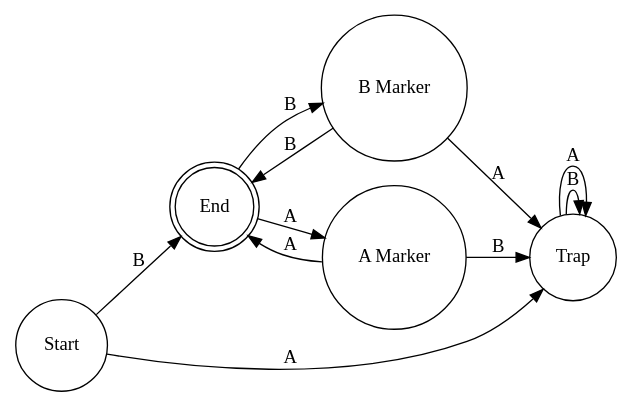
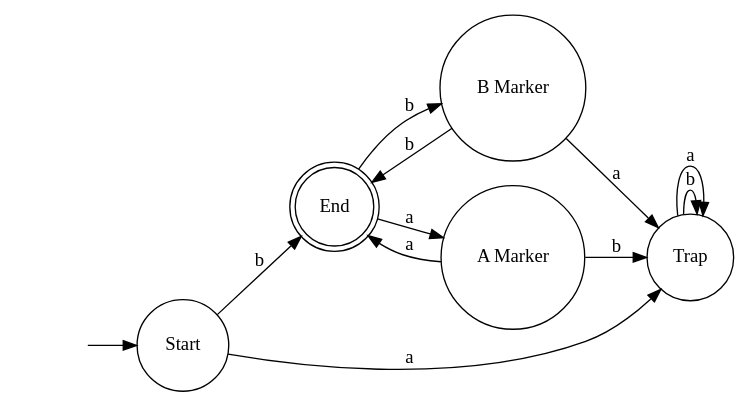
The diagram in assignments/a1/graphs/1-dfa.dot (Hoverbear/CSC-320), drawn with Graphviz before and after one commit. The commit also changed 4 other files, not shown here.

Commit message:
Updated graphics

```diff
--- a/assignments/a1/graphs/1-dfa.dot
+++ b/assignments/a1/graphs/1-dfa.dot
@@ -1,22 +1,25 @@
 digraph finite_state_machine {
 	rankdir = LR;
 	/*size = "4,6"*/
 	/*ppi = 300*/
+	node [ shape = none ] "";
 	node [ shape = doublecircle ]; "End";
 	node [ shape = circle ];
 
-	"Start" -> "Trap"  [ label = "A" ]
-	"Start" -> "End"   [ label = "B" ]
+	"" -> "Start"
 
-	"Trap" -> "Trap"   [ label = "B" ]
-	"Trap" -> "Trap"   [ label = "A" ]
+	"Start" -> "Trap"  [ label = "a" ]
+	"Start" -> "End"   [ label = "b" ]
 
-	"End" -> "B Marker" [ label = "B" ]
-	"End" -> "A Marker" [ label = "A" ]
+	"Trap" -> "Trap"   [ label = "b" ]
+	"Trap" -> "Trap"   [ label = "a" ]
 
-	"A Marker" -> "End"  [ label = "A" ]
-	"A Marker" -> "Trap" [ label = "B" ]
+	"End" -> "B Marker" [ label = "b" ]
+	"End" -> "A Marker" [ label = "a" ]
 
-	"B Marker" -> "End" [ label = "B" ]
-	"B Marker" -> "Trap" [ label = "A" ]
+	"A Marker" -> "End"  [ label = "a" ]
+	"A Marker" -> "Trap" [ label = "b" ]
+
+	"B Marker" -> "End" [ label = "b" ]
+	"B Marker" -> "Trap" [ label = "a" ]
 }
```
